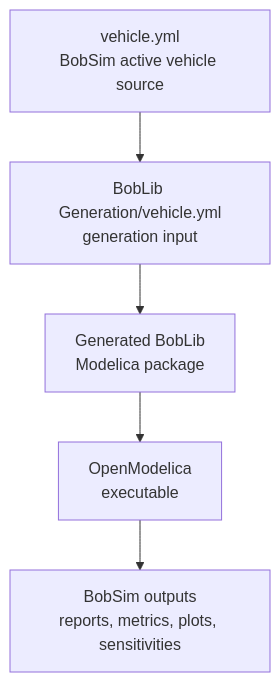
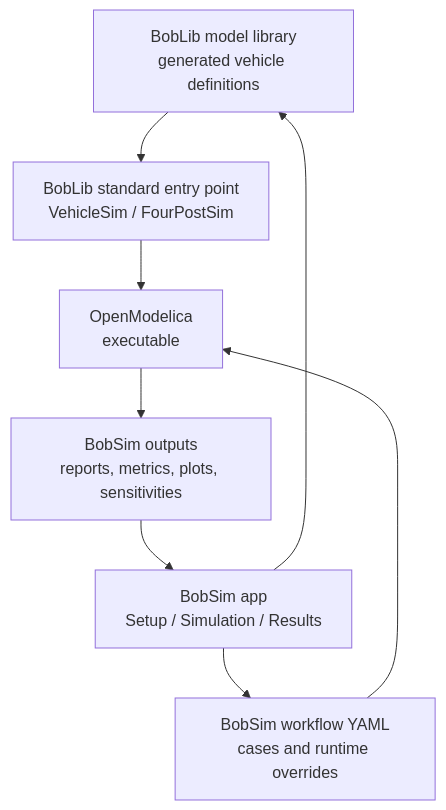
The diagram in docs/bobsim/index.md (Ilgneous/BobDocs), drawn with Mermaid before and after one commit. The commit also changed other lines of this file and 37 other files, not shown here.

````diff
--- a/docs/bobsim/index.md
+++ b/docs/bobsim/index.md
@@ -36,13 +49,17 @@
 ```mermaid
 flowchart TB
-    vehicle["vehicle.yml<br/>BobSim active vehicle source"]
-    copy["BobLib Generation/vehicle.yml<br/>generation input"]
-    modelica["Generated BobLib<br/>Modelica package"]
+    records["BobLib model library<br/>generated vehicle definitions"]
+    entry["BobLib standard entry point<br/>VehicleSim / FourPostSim"]
+    app["BobSim app<br/>Setup / Simulation / Results"]
     executable["OpenModelica<br/>executable"]
+    workflow["BobSim workflow YAML<br/>cases and runtime overrides"]
     outputs["BobSim outputs<br/>reports, metrics, plots, sensitivities"]
 
-    vehicle --> copy
-    copy --> modelica
-    modelica --> executable
+    records --> entry
+    app --> records
+    app --> workflow
+    entry --> executable
+    workflow --> executable
     executable --> outputs
+    outputs --> app
 ```
````
